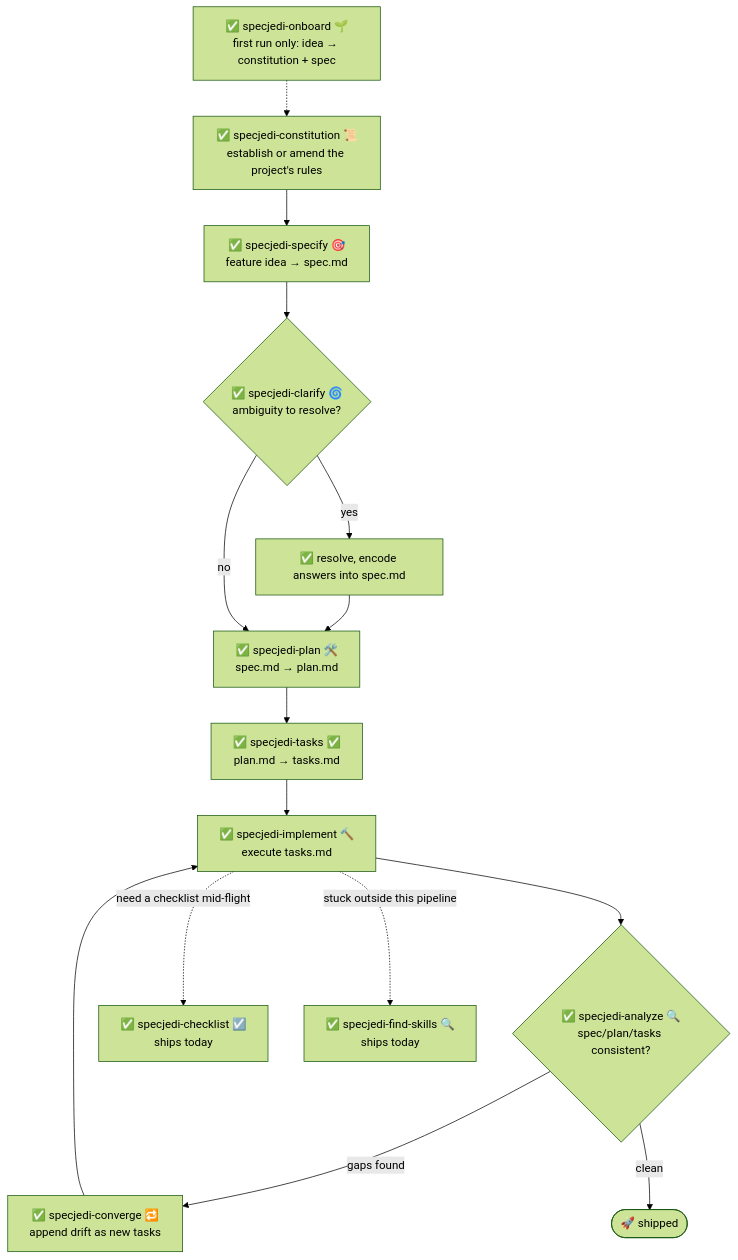
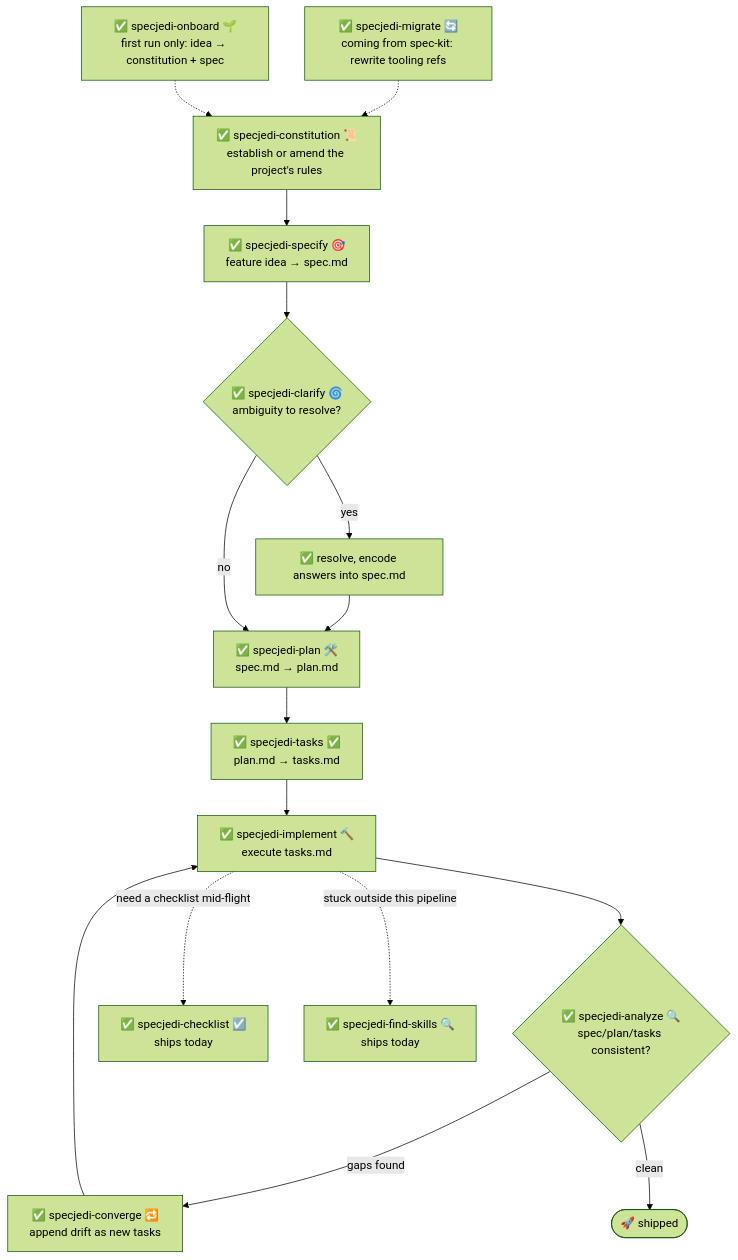
The second of 2 diagrams in README.md (jonyfs/spec-jedi), drawn with Mermaid (forest theme) before and after one commit. The commit also changed other lines of this file and 7 other files, not shown here.

First line of the commit message:
feat: ship specjedi-migrate — second roadmap skill beyond the core pipeline (constitution v1.15.7) (#35)

````diff
--- a/README.md
+++ b/README.md
@@ -318,15 +323,16 @@
 ```mermaid
 flowchart TD
+    Y["✅ specjedi-migrate 🔄<br/>coming from spec-kit: rewrite tooling refs"] -.-> A
     Z["✅ specjedi-onboard 🌱<br/>first run only: idea → constitution + spec"] -.-> A
     A["✅ specjedi-constitution 📜<br/>establish or amend the project's rules"] --> B["✅ specjedi-specify 🎯<br/>feature idea → spec.md"]
     B --> C{"✅ specjedi-clarify 🌀<br/>ambiguity to resolve?"}
     C -->|yes| C2["✅ resolve, encode answers into spec.md"] --> D
     C -->|no| D["✅ specjedi-plan 🛠️<br/>spec.md → plan.md"]
     D --> E["✅ specjedi-tasks ✅<br/>plan.md → tasks.md"]
     E --> F["✅ specjedi-implement 🔨<br/>execute tasks.md"]
     F --> G{"✅ specjedi-analyze 🔍<br/>spec/plan/tasks consistent?"}
     G -->|gaps found| H["✅ specjedi-converge 🔁<br/>append drift as new tasks"] --> F
     G -->|clean| I(["🚀 shipped"])
     F -.->|need a checklist mid-flight| J["✅ specjedi-checklist ☑️<br/>ships today"]
     F -.->|stuck outside this pipeline| K["✅ specjedi-find-skills 🔍<br/>ships today"]
 ```
````
